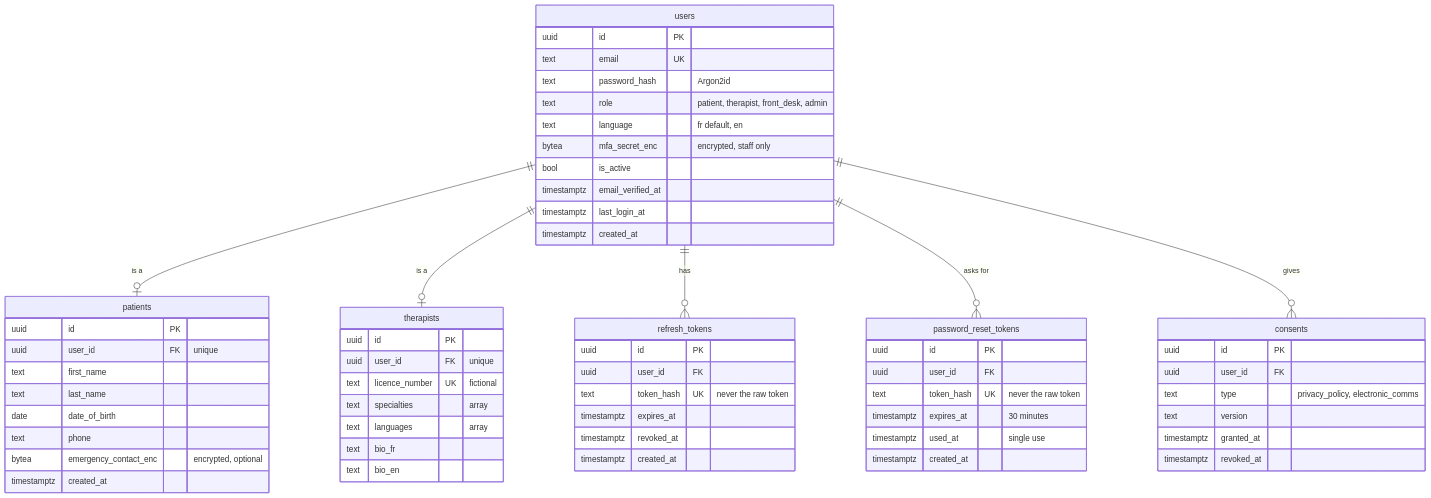
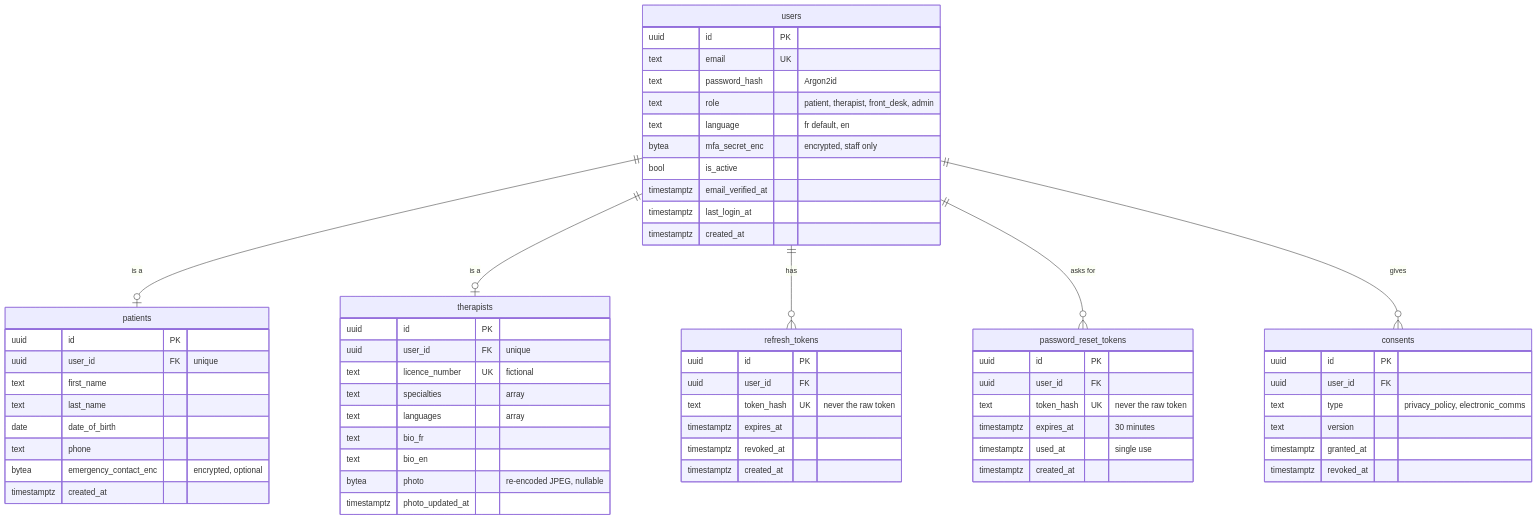
Before and after one commit to kkprojects5/clinique-physio: the second of 7 diagrams in docs/erd.md, drawn with Mermaid. The commit also changed other lines of this file and 24 other files, not shown here.

````diff
--- a/docs/erd.md
+++ b/docs/erd.md
@@ -45,64 +45,66 @@
 ```mermaid
 erDiagram
     users ||--o| patients : "is a"
     users ||--o| therapists : "is a"
     users ||--o{ refresh_tokens : "has"
     users ||--o{ password_reset_tokens : "asks for"
     users ||--o{ consents : "gives"
     users {
         uuid id PK
         text email UK
         text password_hash "Argon2id"
         text role "patient, therapist, front_desk, admin"
         text language "fr default, en"
         bytea mfa_secret_enc "encrypted, staff only"
         bool is_active
         timestamptz email_verified_at
         timestamptz last_login_at
         timestamptz created_at
     }
     patients {
         uuid id PK
         uuid user_id FK "unique"
         text first_name
         text last_name
         date date_of_birth
         text phone
         bytea emergency_contact_enc "encrypted, optional"
         timestamptz created_at
     }
     therapists {
         uuid id PK
         uuid user_id FK "unique"
         text licence_number UK "fictional"
         text specialties "array"
         text languages "array"
         text bio_fr
         text bio_en
+        bytea photo "re-encoded JPEG, nullable"
+        timestamptz photo_updated_at
     }
     refresh_tokens {
         uuid id PK
         uuid user_id FK
         text token_hash UK "never the raw token"
         timestamptz expires_at
         timestamptz revoked_at
         timestamptz created_at
     }
     password_reset_tokens {
         uuid id PK
         uuid user_id FK
         text token_hash UK "never the raw token"
         timestamptz expires_at "30 minutes"
         timestamptz used_at "single use"
         timestamptz created_at
     }
     consents {
         uuid id PK
         uuid user_id FK
         text type "privacy_policy, electronic_comms"
         text version
         timestamptz granted_at
         timestamptz revoked_at
     }
 
 ```
````
